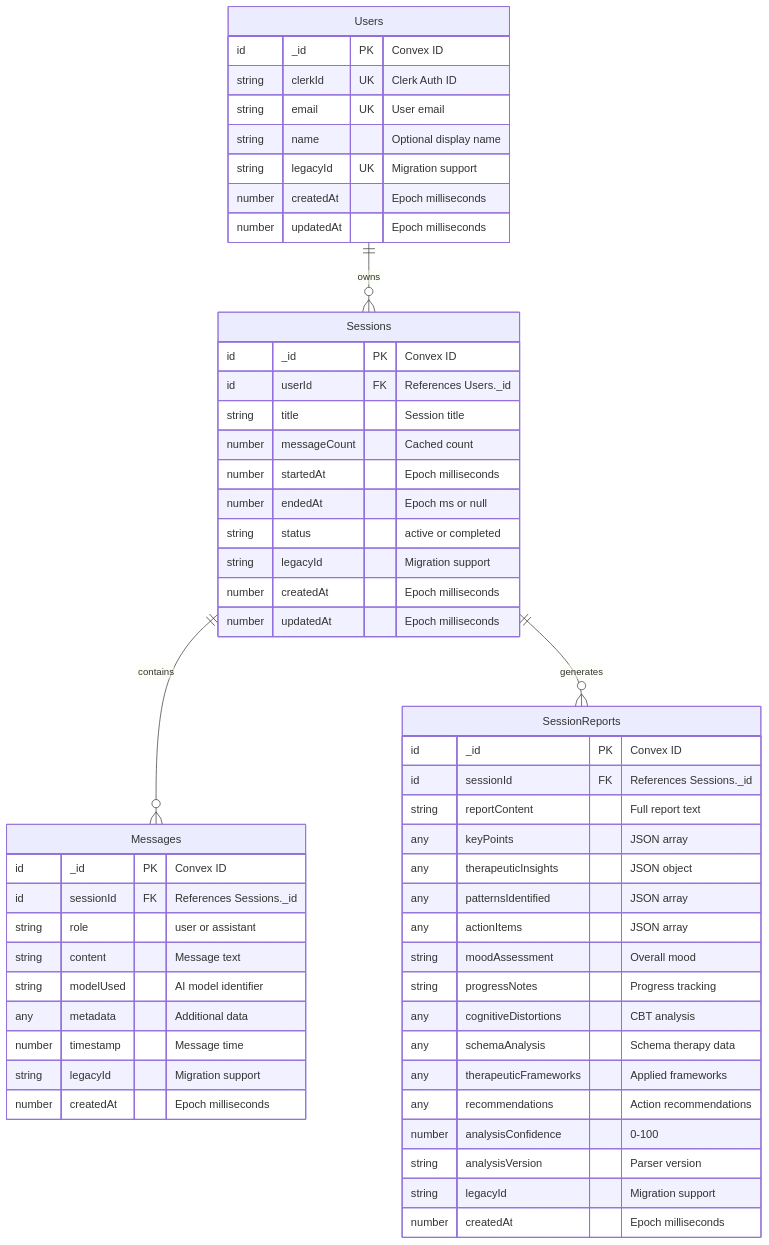
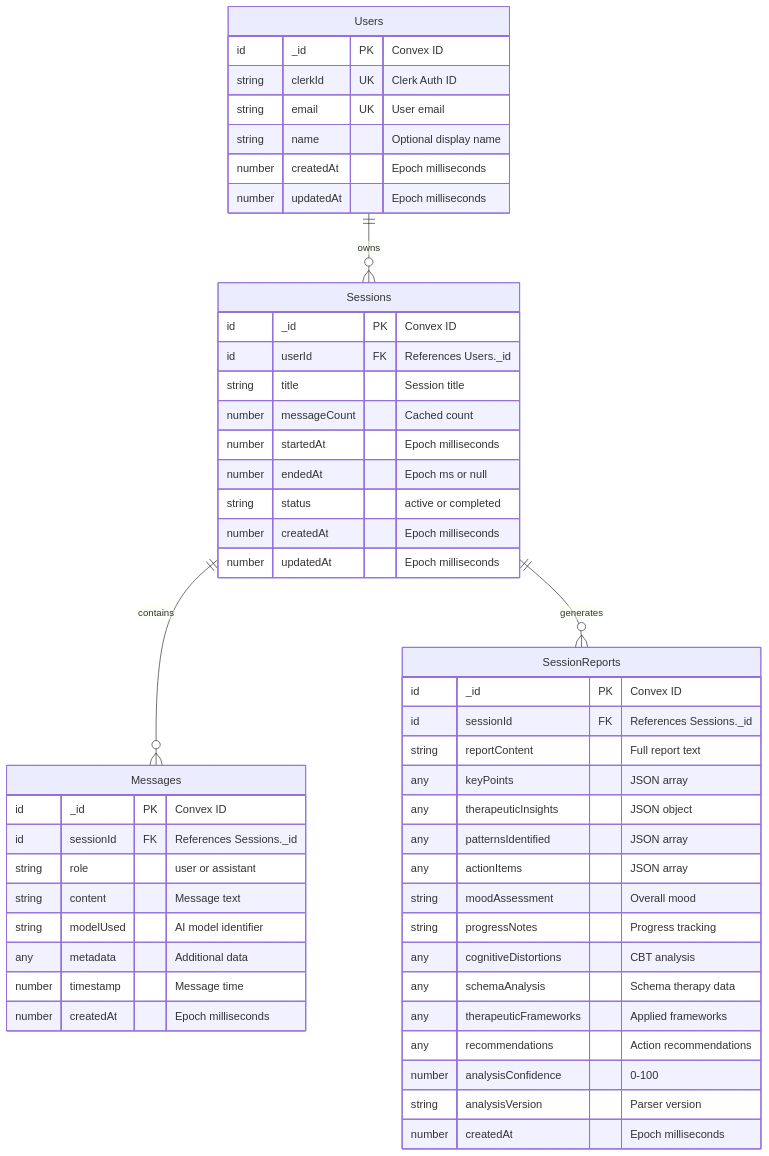
Before and after one commit to ddv1982/ai-therapist: the first of 13 diagrams in docs/DATA_MODEL.md, drawn with Mermaid. The commit also changed other lines of this file and 7 other files, not shown here.

First line of the commit message:
refactor(config): remove Redis and legacy migration references

````diff
--- a/docs/DATA_MODEL.md
+++ b/docs/DATA_MODEL.md
@@ -36,61 +36,57 @@
 ```mermaid
 erDiagram
     Users ||--o{ Sessions : "owns"
     Sessions ||--o{ Messages : "contains"
     Sessions ||--o{ SessionReports : "generates"
 
     Users {
         id _id PK "Convex ID"
         string clerkId UK "Clerk Auth ID"
         string email UK "User email"
         string name "Optional display name"
-        string legacyId UK "Migration support"
         number createdAt "Epoch milliseconds"
         number updatedAt "Epoch milliseconds"
     }
 
     Sessions {
         id _id PK "Convex ID"
         id userId FK "References Users._id"
         string title "Session title"
         number messageCount "Cached count"
         number startedAt "Epoch milliseconds"
         number endedAt "Epoch ms or null"
         string status "active or completed"
-        string legacyId "Migration support"
         number createdAt "Epoch milliseconds"
         number updatedAt "Epoch milliseconds"
     }
 
     Messages {
         id _id PK "Convex ID"
         id sessionId FK "References Sessions._id"
         string role "user or assistant"
         string content "Message text"
         string modelUsed "AI model identifier"
         any metadata "Additional data"
         number timestamp "Message time"
-        string legacyId "Migration support"
         number createdAt "Epoch milliseconds"
     }
 
     SessionReports {
         id _id PK "Convex ID"
         id sessionId FK "References Sessions._id"
         string reportContent "Full report text"
         any keyPoints "JSON array"
         any therapeuticInsights "JSON object"
         any patternsIdentified "JSON array"
         any actionItems "JSON array"
         string moodAssessment "Overall mood"
         string progressNotes "Progress tracking"
         any cognitiveDistortions "CBT analysis"
         any schemaAnalysis "Schema therapy data"
         any therapeuticFrameworks "Applied frameworks"
         any recommendations "Action recommendations"
         number analysisConfidence "0-100"
         string analysisVersion "Parser version"
-        string legacyId "Migration support"
         number createdAt "Epoch milliseconds"
     }
 ```
````
